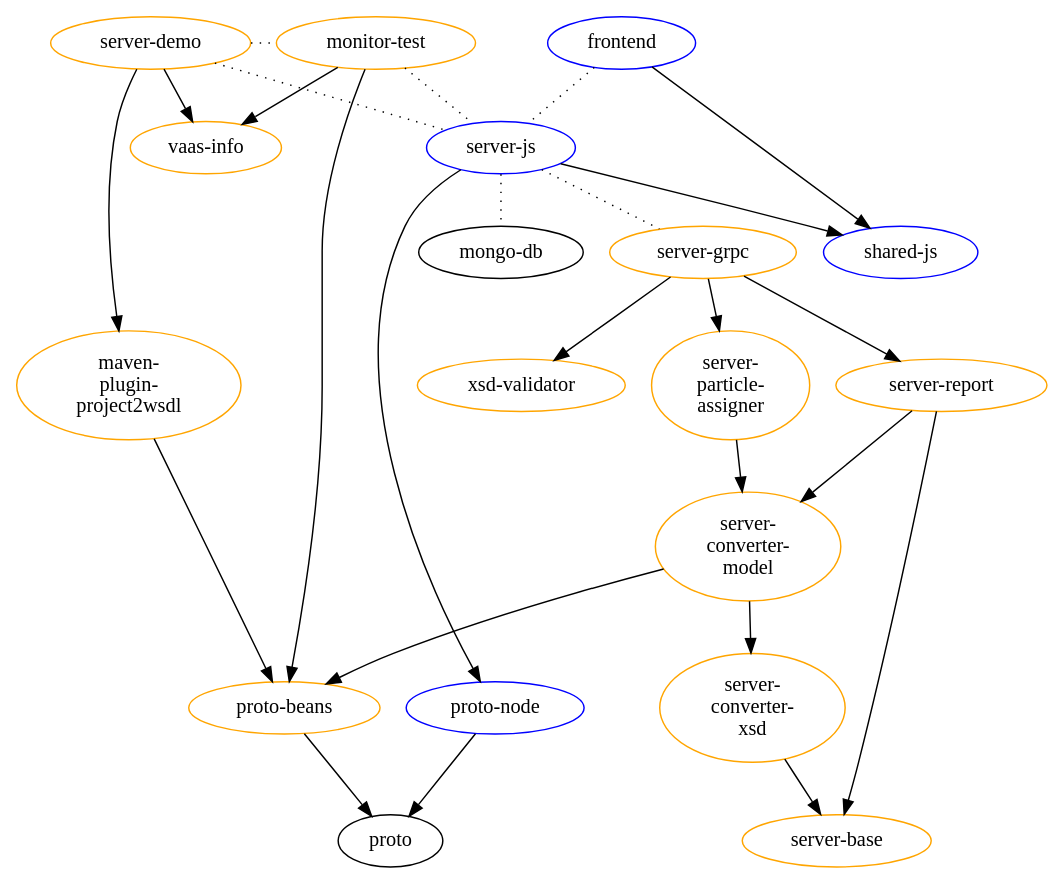
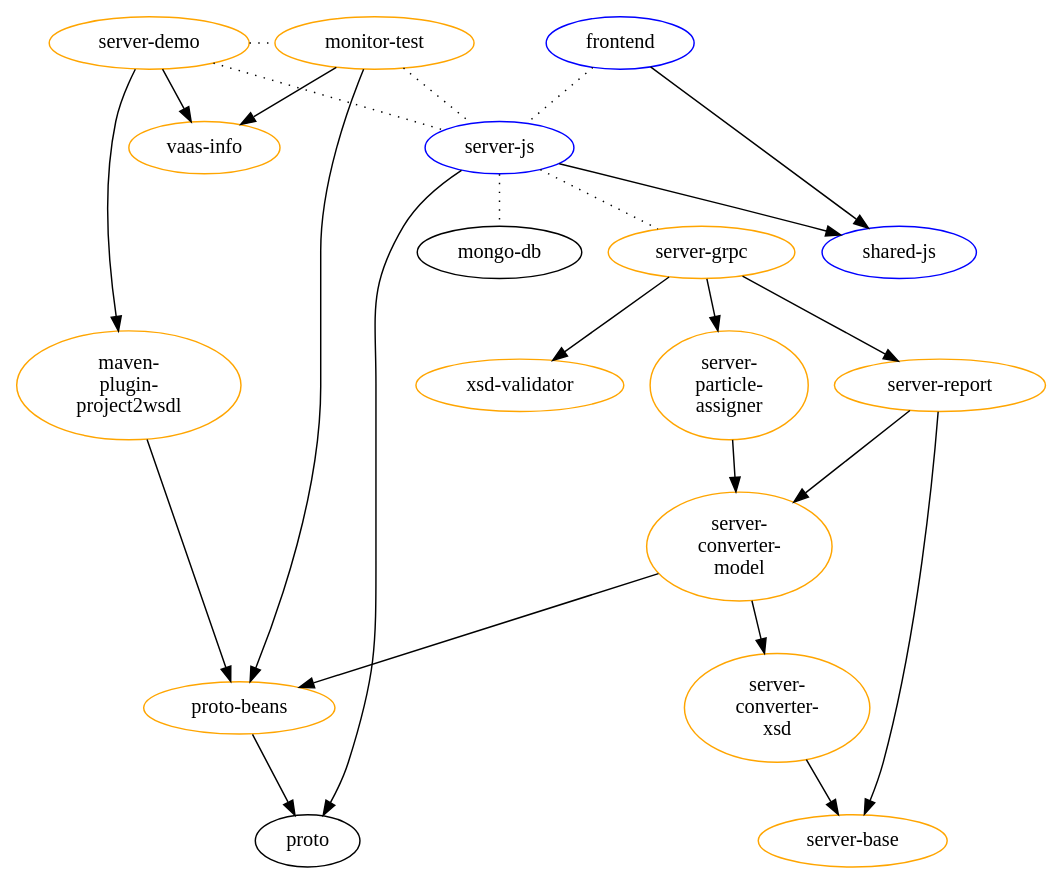
The diagram in structural-overview.gv (FIT-Mobility/interaction-protocol-suite), drawn with Graphviz before and after one commit. The commit also changed 2 other files, not shown here.

Commit message:
remove proto-node module

```diff
--- a/structural-overview.gv
+++ b/structural-overview.gv
@@ -1,69 +1,67 @@
 digraph G {
     proto [label="proto", URL="https://github.com/FIT-Mobility/interaction-protocol-suite/tree/master/proto"];
     mongo_db [label="mongo-db", URL="https://github.com/FIT-Mobility/interaction-protocol-suite/blob/master/docker-compose.yml"];
     node [color="blue"]; // typescript
     frontend [label="frontend", URL="https://github.com/FIT-Mobility/interaction-protocol-suite/tree/master/frontend"];
     js_backend [label="server-js", URL="https://github.com/FIT-Mobility/interaction-protocol-suite/tree/master/server-js"];
     shared_js [label="shared-js", URL="https://github.com/FIT-Mobility/interaction-protocol-suite/tree/master/shared-js"];
-    proto_node [label="proto-node", URL="https://github.com/FIT-Mobility/interaction-protocol-suite/tree/master/proto_node"];
     node [color="orange"]; // java
     grpc_server [label="server-grpc", URL="https://github.com/FIT-Mobility/interaction-protocol-suite/tree/master/server-grpc"];
     xsd_validator [label="xsd-validator", URL="https://github.com/FIT-Mobility/interaction-protocol-suite/tree/master/xsd-validator"];
     report_generator [label="server-report", URL="https://github.com/FIT-Mobility/interaction-protocol-suite/tree/master/server-report"];
     server_particle_assigner [label="server-\nparticle-\nassigner", URL="https://github.com/FIT-Mobility/interaction-protocol-suite/tree/master/server-particle-assigner"];
     proto_beans [label="proto-beans", URL="https://github.com/FIT-Mobility/interaction-protocol-suite/tree/master/proto-beans"];
     maven_plugin [label="maven-\nplugin-\nproject2wsdl", URL="https://github.com/FIT-Mobility/interaction-protocol-suite/tree/master/maven-plugin-project2wsdl"];
     monitor_test [label="monitor-test", URL="https://github.com/FIT-Mobility/interaction-protocol-suite/tree/master/monitor-test"];
     server_base [label="server-base", URL="https://github.com/FIT-Mobility/interaction-protocol-suite/tree/master/server-base"];
     server_converter_model [label="server-\nconverter-\nmodel", URL="https://github.com/FIT-Mobility/interaction-protocol-suite/tree/master/server-converter-model"];
     server_converter_xsd [label="server-\nconverter-\nxsd", URL="https://github.com/FIT-Mobility/interaction-protocol-suite/tree/master/server-converter-xsd"];
     server_demo [label="server-demo", URL="https://github.com/FIT-Mobility/interaction-protocol-suite/tree/master/server-demo"];
     vaas_info [label="vaas-info", URL="https://github.com/FIT-Mobility/interaction-protocol-suite/tree/master/vaas-info"];
 
     subgraph { rank=same; report_generator; xsd_validator; server_particle_assigner; }
-    subgraph { rank=same; proto_beans; proto_node; }
+    subgraph { rank=same; proto_beans; }
     subgraph { rank=same; monitor_test; server_demo; }
 
     // build dependencies
     frontend -> shared_js;
     js_backend -> shared_js;
 
     grpc_server -> xsd_validator;
     grpc_server -> server_particle_assigner;
     grpc_server -> report_generator;
     // grpc_server -> proto_beans;
     // grpc_server -> server_base;
 
     proto_beans -> proto;
-    proto_node -> proto;
-    js_backend -> proto_node;
+    js_backend -> proto;
 
     server_demo -> maven_plugin;
     server_demo -> vaas_info;
 
     monitor_test -> proto_beans;
     monitor_test -> vaas_info;
 
     maven_plugin -> proto_beans;
 
     report_generator -> server_base;
     report_generator -> server_converter_model;
 
     server_converter_model -> server_converter_xsd;
     // server_converter_model -> server_base;
     server_converter_model -> proto_beans;
 
     server_converter_xsd -> server_base;
 
     server_particle_assigner -> server_converter_model;
 
     // functional dependencies
     edge [style="dotted", dir="none"]
     frontend -> js_backend;
     js_backend -> grpc_server;
     js_backend -> mongo_db;
     monitor_test -> js_backend;
     server_demo -> js_backend;
     server_demo -> monitor_test;
 
 }
```
